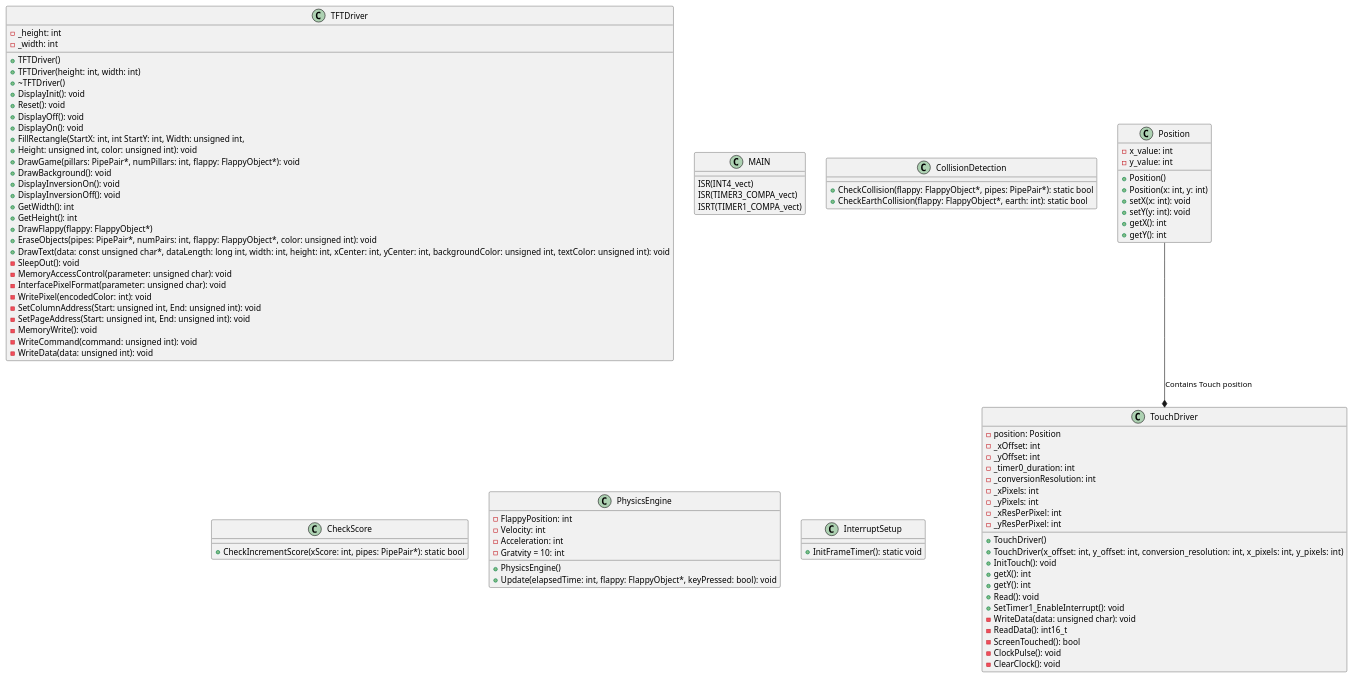
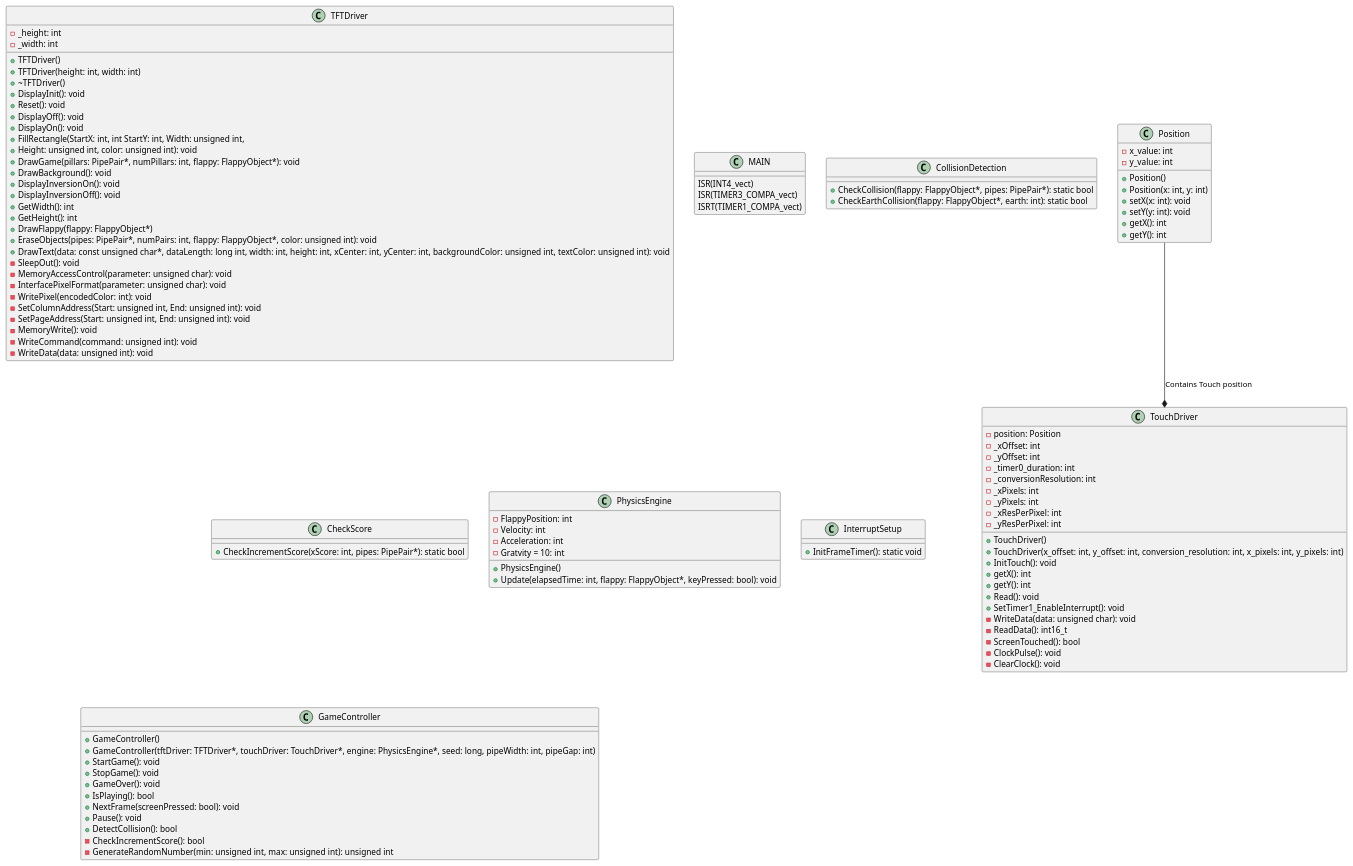
The diagram in Projekt/diagrams/FlappyBird.wsd (Valdemartt/AMS), drawn with PlantUML before and after one commit. The commit also changed 1 other file, not shown here.

```diff
--- a/Projekt/diagrams/FlappyBird.wsd
+++ b/Projekt/diagrams/FlappyBird.wsd
@@ -1,106 +1,121 @@
 @startuml
 class TFTDriver
 {
     +TFTDriver()
     +TFTDriver(height: int, width: int)
     +~TFTDriver()
     +DisplayInit(): void
     +Reset(): void
     +DisplayOff(): void
     +DisplayOn(): void
     +FillRectangle(StartX: int, int StartY: int, Width: unsigned int,
 	+Height: unsigned int, color: unsigned int): void
     +DrawGame(pillars: PipePair*, numPillars: int, flappy: FlappyObject*): void
     +DrawBackground(): void
     +DisplayInversionOn(): void
     +DisplayInversionOff(): void
     +GetWidth(): int
     +GetHeight(): int
     +DrawFlappy(flappy: FlappyObject*)
     +EraseObjects(pipes: PipePair*, numPairs: int, flappy: FlappyObject*, color: unsigned int): void
     +DrawText(data: const unsigned char*, dataLength: long int, width: int, height: int, xCenter: int, yCenter: int, backgroundColor: unsigned int, textColor: unsigned int): void
     -_height: int
     -_width: int
     -SleepOut(): void
     -MemoryAccessControl(parameter: unsigned char): void
     -InterfacePixelFormat(parameter: unsigned char): void
     -WritePixel(encodedColor: int): void
     -SetColumnAddress(Start: unsigned int, End: unsigned int): void
     -SetPageAddress(Start: unsigned int, End: unsigned int): void
     -MemoryWrite(): void
     -WriteCommand(command: unsigned int): void
     -WriteData(data: unsigned int): void
 }
 
 class TouchDriver
 {
     +TouchDriver()
     +TouchDriver(x_offset: int, y_offset: int, conversion_resolution: int, x_pixels: int, y_pixels: int)
     +InitTouch(): void
     +getX(): int
     +getY(): int
     +Read(): void
     +SetTimer1_EnableInterrupt(): void
     -WriteData(data: unsigned char): void
     -ReadData(): int16_t
     -ScreenTouched(): bool
     -ClockPulse(): void
     -ClearClock(): void
     -position: Position
     -_xOffset: int
     -_yOffset: int
     -_timer0_duration: int
     -_conversionResolution: int
     -_xPixels: int
     -_yPixels: int
     -_xResPerPixel: int
     -_yResPerPixel: int
 }
 
 class Position
 {
     +Position()
     +Position(x: int, y: int)
     +setX(x: int): void
     +setY(y: int): void
     +getX(): int
     +getY(): int
     -x_value: int
     -y_value: int
 }
 
 class MAIN
 {
     ISR(INT4_vect)
     ISR(TIMER3_COMPA_vect)
     ISRT(TIMER1_COMPA_vect)
 }
 
 class CollisionDetection
 {
     +CheckCollision(flappy: FlappyObject*, pipes: PipePair*): static bool
     +CheckEarthCollision(flappy: FlappyObject*, earth: int): static bool
 }
 
 class CheckScore
 {
     +CheckIncrementScore(xScore: int, pipes: PipePair*): static bool
 }
 
 class PhysicsEngine
 {
     +PhysicsEngine()
     +Update(elapsedTime: int, flappy: FlappyObject*, keyPressed: bool): void
     -FlappyPosition: int
     -Velocity: int
     -Acceleration: int
     -Gratvity = 10: int
 }
 
 class InterruptSetup
 {
     +InitFrameTimer(): static void
 }
 
+class GameController
+{
+    +GameController()
+    +GameController(tftDriver: TFTDriver*, touchDriver: TouchDriver*, engine: PhysicsEngine*, seed: long, pipeWidth: int, pipeGap: int)
+    +StartGame(): void
+    +StopGame(): void
+    +GameOver(): void
+    +IsPlaying(): bool
+    +NextFrame(screenPressed: bool): void
+    +Pause(): void
+    +DetectCollision(): bool
+    -CheckIncrementScore(): bool
+    -GenerateRandomNumber(min: unsigned int, max: unsigned int): unsigned int
+}
+
 Position --* TouchDriver : Contains Touch position
 @enduml
```
